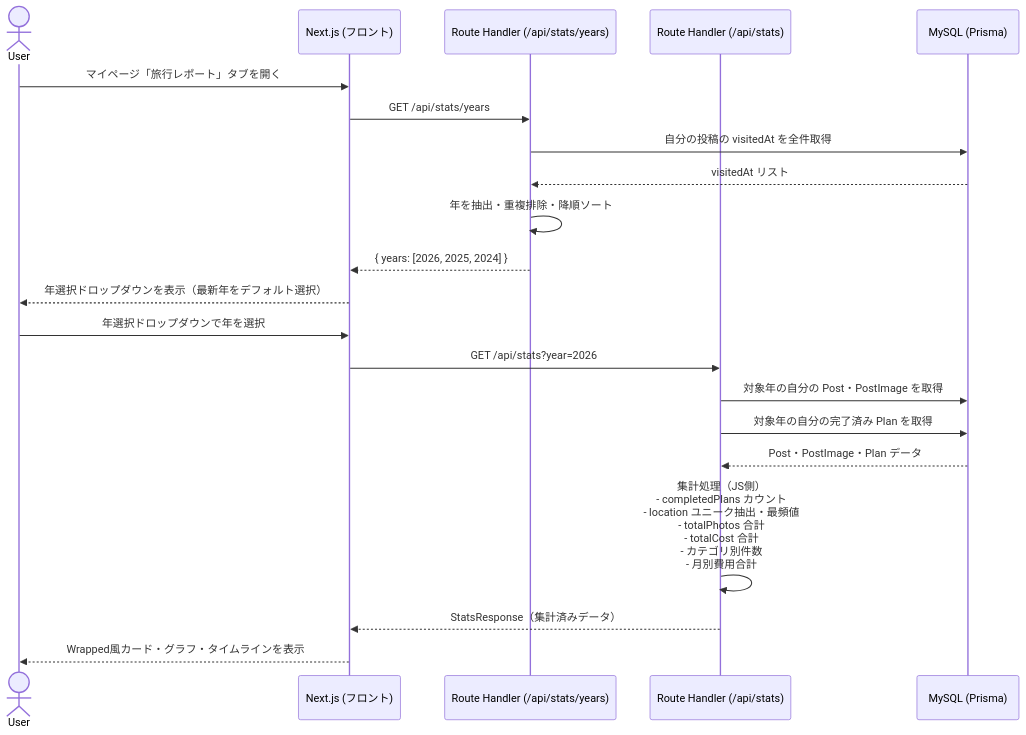
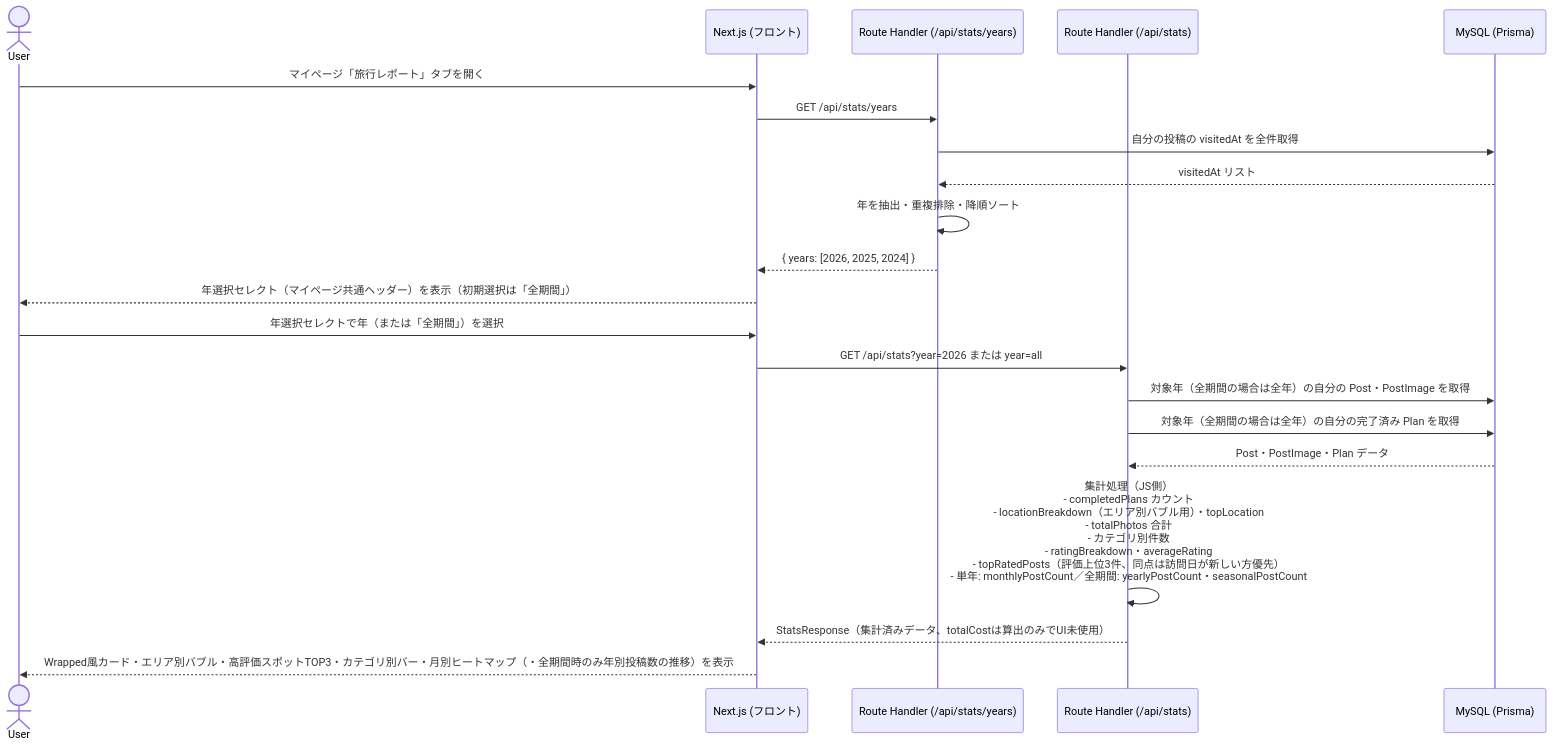
The tenth of 10 diagrams in docs/シーケンス図.md (saki-nakata/TripDiary), drawn with Mermaid before and after one commit. The commit also changed 39 other files, not shown here.

First line of the commit message:
feat: 旅行レポート大幅リニューアル・行きたい/訪問済み地図管理機能・フォロー中フィード刷新

````diff
--- a/docs/シーケンス図.md
+++ b/docs/シーケンス図.md
@@ -286,25 +286,25 @@
 ```mermaid
 sequenceDiagram
     actor User
     participant FE as Next.js (フロント)
     participant YearsAPI as Route Handler (/api/stats/years)
     participant StatsAPI as Route Handler (/api/stats)
     participant DB as MySQL (Prisma)
 
     User->>FE: マイページ「旅行レポート」タブを開く
     FE->>YearsAPI: GET /api/stats/years
     YearsAPI->>DB: 自分の投稿の visitedAt を全件取得
     DB-->>YearsAPI: visitedAt リスト
     YearsAPI->>YearsAPI: 年を抽出・重複排除・降順ソート
     YearsAPI-->>FE: { years: [2026, 2025, 2024] }
-    FE-->>User: 年選択ドロップダウンを表示（最新年をデフォルト選択）
+    FE-->>User: 年選択セレクト（マイページ共通ヘッダー）を表示（初期選択は「全期間」）
 
-    User->>FE: 年選択ドロップダウンで年を選択
-    FE->>StatsAPI: GET /api/stats?year=2026
-    StatsAPI->>DB: 対象年の自分の Post・PostImage を取得
-    StatsAPI->>DB: 対象年の自分の完了済み Plan を取得
+    User->>FE: 年選択セレクトで年（または「全期間」）を選択
+    FE->>StatsAPI: GET /api/stats?year=2026 または year=all
+    StatsAPI->>DB: 対象年（全期間の場合は全年）の自分の Post・PostImage を取得
+    StatsAPI->>DB: 対象年（全期間の場合は全年）の自分の完了済み Plan を取得
     DB-->>StatsAPI: Post・PostImage・Plan データ
-    StatsAPI->>StatsAPI: 集計処理（JS側）<br/>- completedPlans カウント<br/>- location ユニーク抽出・最頻値<br/>- totalPhotos 合計<br/>- totalCost 合計<br/>- カテゴリ別件数<br/>- 月別費用合計
-    StatsAPI-->>FE: StatsResponse（集計済みデータ）
-    FE-->>User: Wrapped風カード・グラフ・タイムラインを表示
+    StatsAPI->>StatsAPI: 集計処理（JS側）<br/>- completedPlans カウント<br/>- locationBreakdown（エリア別バブル用）・topLocation<br/>- totalPhotos 合計<br/>- カテゴリ別件数<br/>- ratingBreakdown・averageRating<br/>- topRatedPosts（評価上位3件、同点は訪問日が新しい方優先）<br/>- 単年: monthlyPostCount／全期間: yearlyPostCount・seasonalPostCount
+    StatsAPI-->>FE: StatsResponse（集計済みデータ、totalCostは算出のみでUI未使用）
+    FE-->>User: Wrapped風カード・エリア別バブル・高評価スポットTOP3・カテゴリ別バー・月別ヒートマップ（・全期間時のみ年別投稿数の推移）を表示
 ```
````
